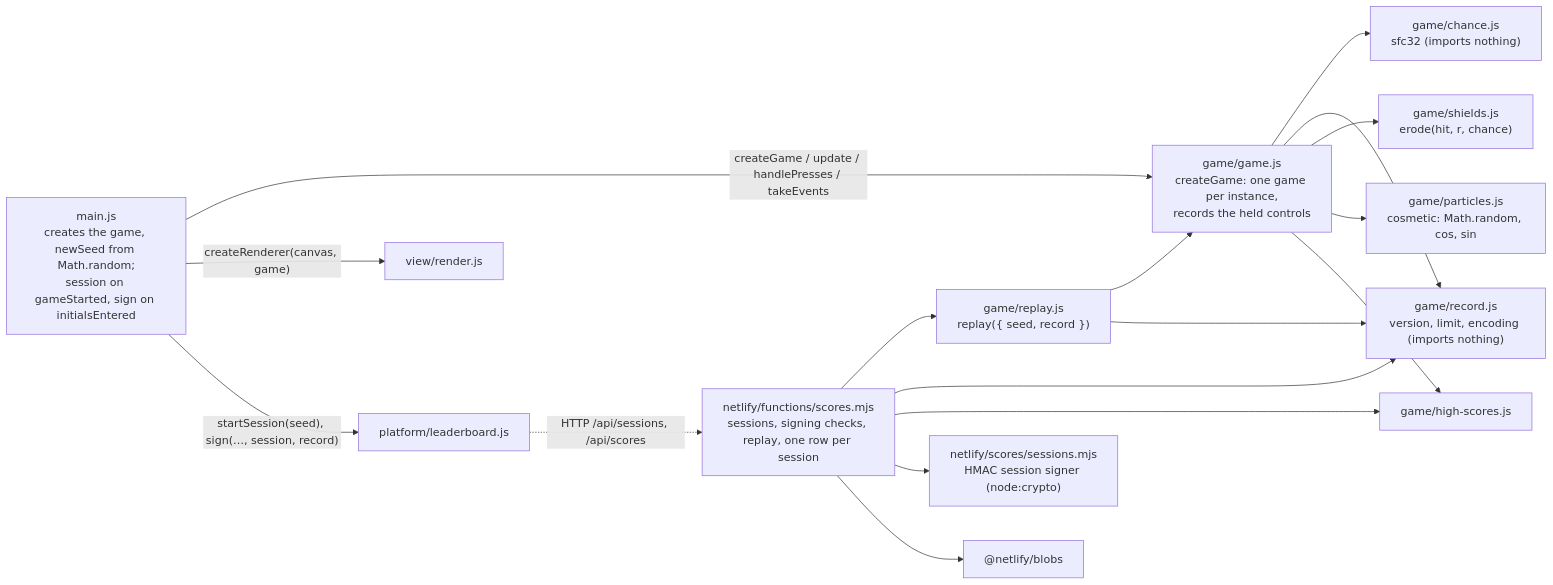
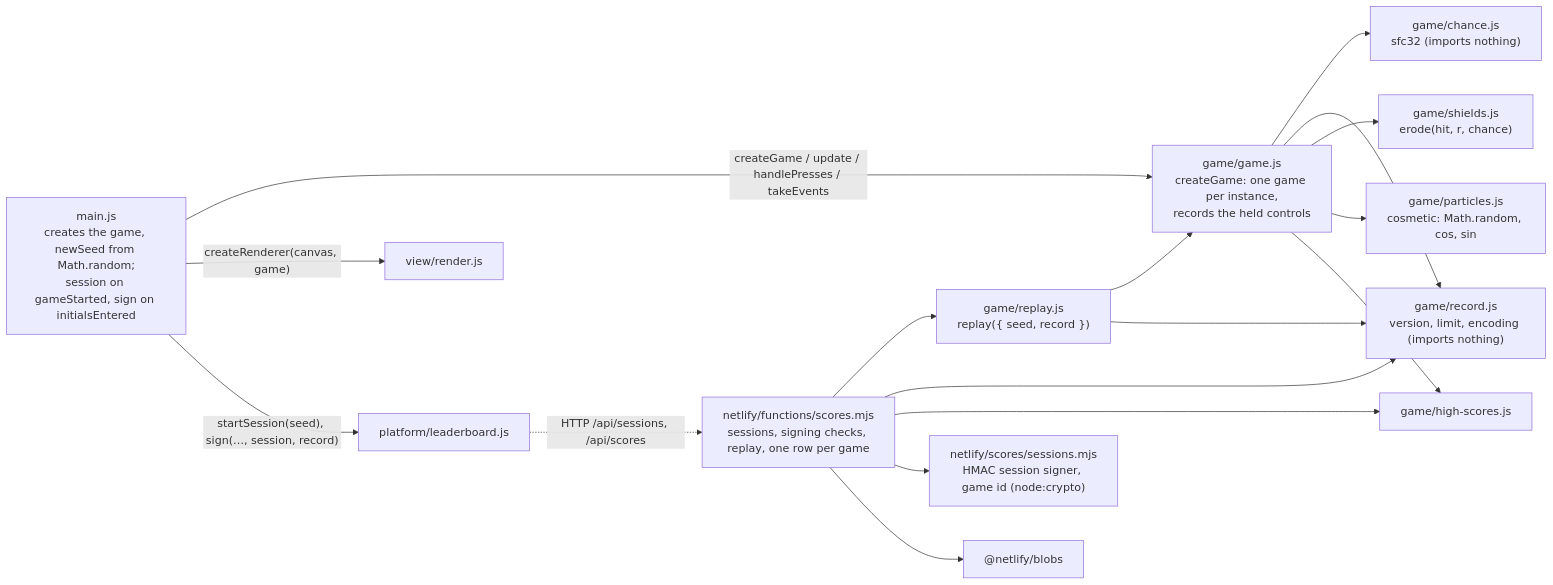
Before and after one commit to lagom1985/rightmove-space-invaders: the third of 3 diagrams in docs/feature/rightmove-invaders-replay-verified-scores/feature-delta.md, drawn with Mermaid. The commit also changed other lines of this file and 8 other files, not shown here.

````diff
--- a/docs/feature/rightmove-invaders-replay-verified-scores/feature-delta.md
+++ b/docs/feature/rightmove-invaders-replay-verified-scores/feature-delta.md
@@ -651,19 +707,19 @@
 ```mermaid
 flowchart LR
   main["main.js<br/>creates the game, newSeed from Math.random;<br/>session on gameStarted, sign on initialsEntered"] -->|"createGame / update / handlePresses / takeEvents"| game["game/game.js<br/>createGame: one game per instance,<br/>records the held controls"]
   main -->|"createRenderer(canvas, game)"| render["view/render.js"]
   main -->|"startSession(seed), sign(…, session, record)"| lb["platform/leaderboard.js"]
   game --> chance["game/chance.js<br/>sfc32 (imports nothing)"]
   game --> record["game/record.js<br/>version, limit, encoding (imports nothing)"]
   game --> shields["game/shields.js<br/>erode(hit, r, chance)"]
   game --> particles["game/particles.js<br/>cosmetic: Math.random, cos, sin"]
   game --> rules["game/high-scores.js"]
   replay["game/replay.js<br/>replay({ seed, record })"] --> game
   replay --> record
-  lb -.->|"HTTP /api/sessions, /api/scores"| api["netlify/functions/scores.mjs<br/>sessions, signing checks, replay, one row per session"]
+  lb -.->|"HTTP /api/sessions, /api/scores"| api["netlify/functions/scores.mjs<br/>sessions, signing checks, replay, one row per game"]
   api --> replay
   api --> record
   api --> rules
-  api --> signer["netlify/scores/sessions.mjs<br/>HMAC session signer (node:crypto)"]
+  api --> signer["netlify/scores/sessions.mjs<br/>HMAC session signer, game id (node:crypto)"]
   api --> blobsLib["@netlify/blobs"]
 ```
````
